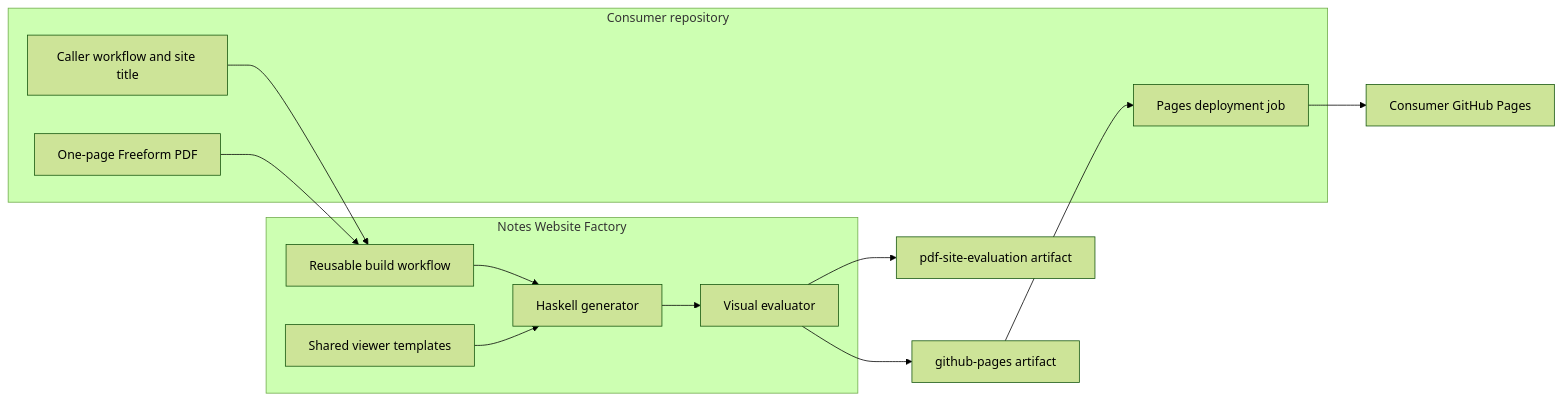
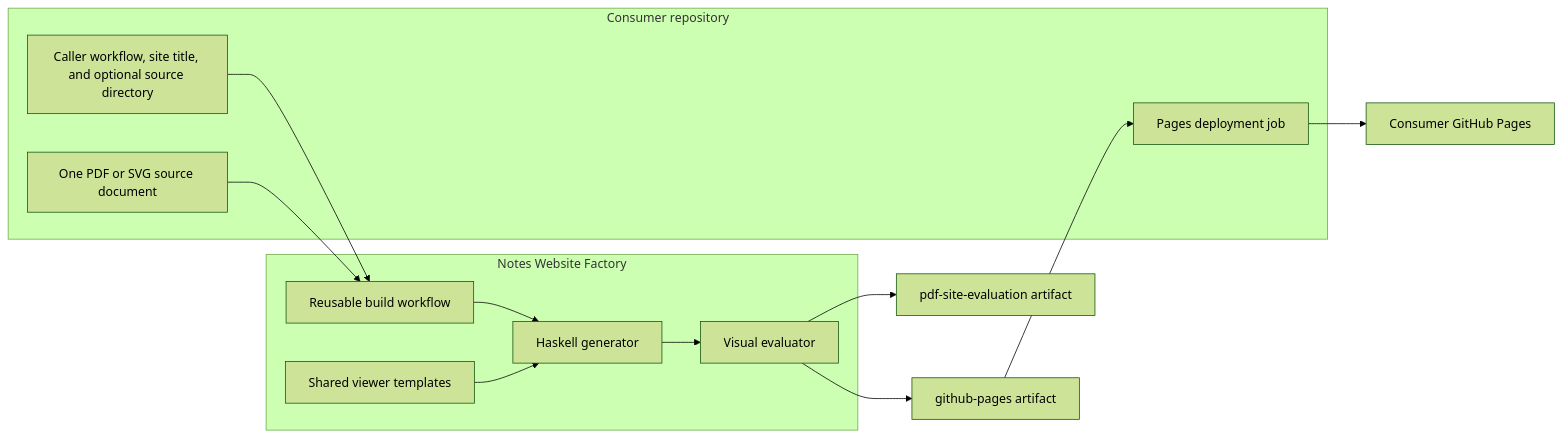
The first of 4 diagrams in docs/architecture.md (bajor/notes-website-factory-workflow), drawn with Mermaid (forest theme) before and after one commit. The commit also changed other lines of this file and 18 other files, not shown here.

First line of the commit message:
Describe the factory as a PDF and SVG notes site factory

````diff
--- a/docs/architecture.md
+++ b/docs/architecture.md
@@ -11,28 +11,28 @@
 ```mermaid
 flowchart LR
   subgraph Consumer[Consumer repository]
-    PDF[One-page Freeform PDF]
-    Caller[Caller workflow and site title]
+    Source[One PDF or SVG source document]
+    Caller[Caller workflow, site title, and optional source directory]
     Deploy[Pages deployment job]
   end
 
   subgraph Factory[Notes Website Factory]
     Workflow[Reusable build workflow]
     Generator[Haskell generator]
     Viewer[Shared viewer templates]
     Oracle[Visual evaluator]
   end
 
   PagesArtifact[github-pages artifact]
   EvidenceArtifact[pdf-site-evaluation artifact]
   Pages[Consumer GitHub Pages]
 
   Caller --> Workflow
-  PDF --> Workflow
+  Source --> Workflow
   Workflow --> Generator
   Viewer --> Generator
   Generator --> Oracle
   Oracle --> PagesArtifact
   Oracle --> EvidenceArtifact
   PagesArtifact --> Deploy --> Pages
 ```
````
